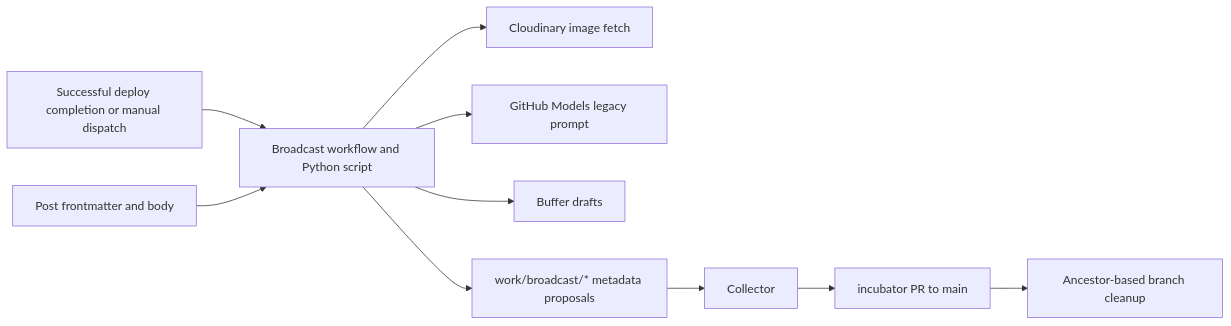
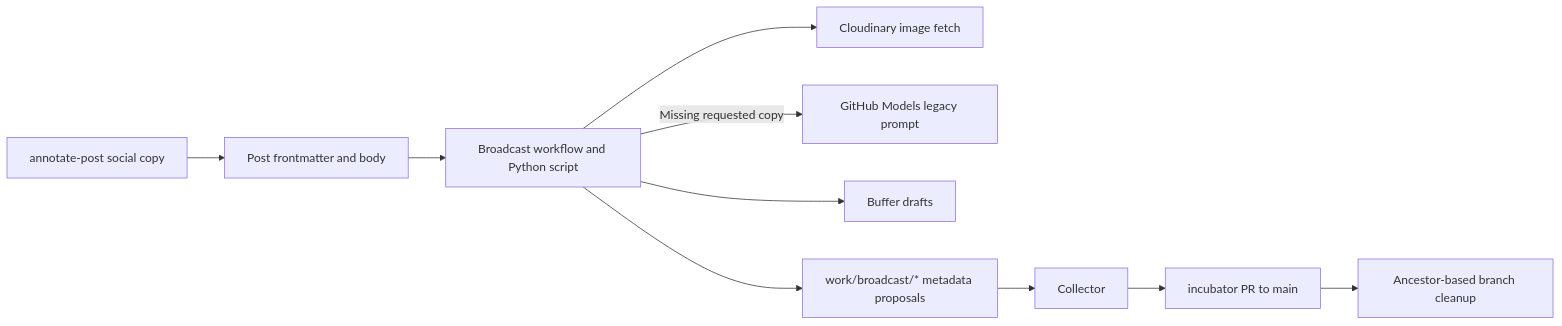
Before and after one commit to theclue/gabrielebaldassarre.com: the diagram in wiki/modules/social-broadcast.md, drawn with Mermaid. The commit also changed other lines of this file and 30 other files, not shown here.

````diff
--- a/wiki/modules/social-broadcast.md
+++ b/wiki/modules/social-broadcast.md
@@ -54,12 +60,12 @@
 ```mermaid
 graph LR
-    Trigger["Successful deploy completion or manual dispatch"] --> Broadcast["Broadcast workflow and Python script"]
-    Posts["Post frontmatter and body"] --> Broadcast
+    Annotation["annotate-post social copy"] --> Posts["Post frontmatter and body"]
+    Posts --> Broadcast["Broadcast workflow and Python script"]
     Broadcast --> Images["Cloudinary image fetch"]
-    Broadcast --> Models["GitHub Models legacy prompt"]
+    Broadcast -->|Missing requested copy| Models["GitHub Models legacy prompt"]
     Broadcast --> Buffer["Buffer drafts"]
     Broadcast --> Work["work/broadcast/* metadata proposals"]
     Work --> Collector["Collector"]
     Collector --> Review["incubator PR to main"]
     Review --> Cleanup["Ancestor-based branch cleanup"]
 ```
````
